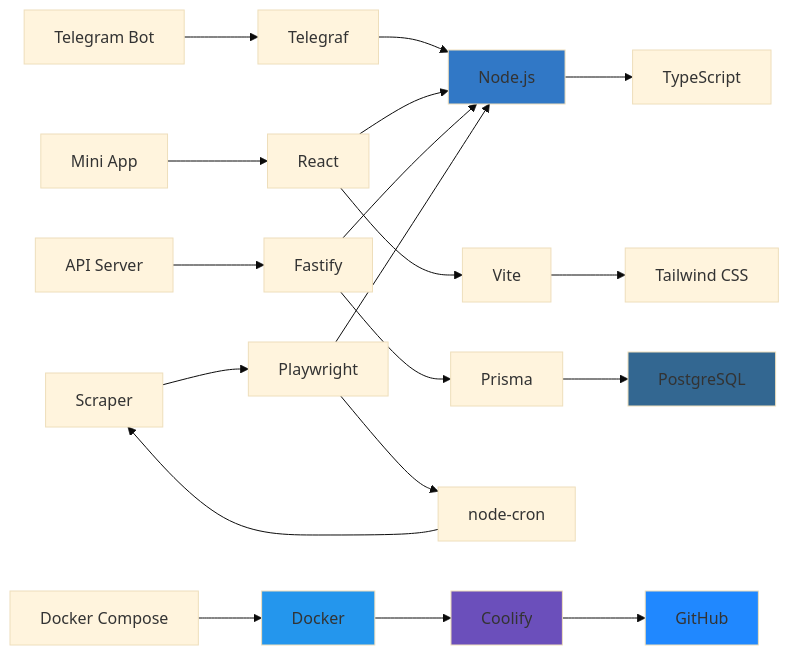
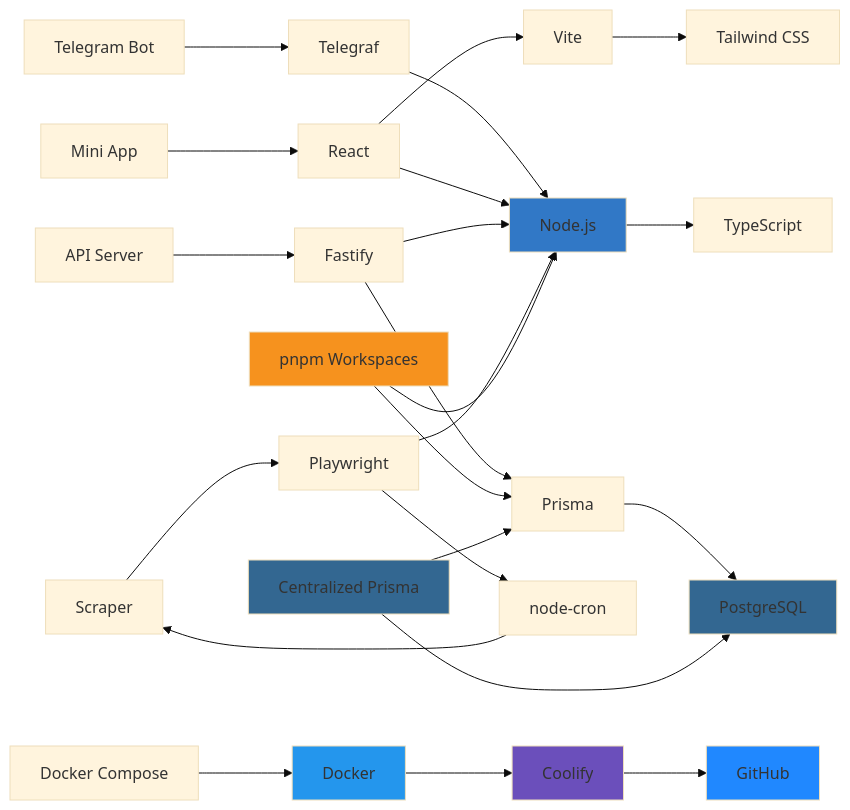
The tenth of 10 diagrams in plans/02-system-architecture.md (Zenderg/hookah-wishlist), drawn with Mermaid (base theme) before and after one commit. The commit also changed other lines of this file and 6 other files, not shown here.

````diff
--- a/plans/02-system-architecture.md
+++ b/plans/02-system-architecture.md
@@ -872,31 +1022,38 @@
 ```mermaid
 graph LR
     A[Telegram Bot] --> B[Telegraf]
     B --> C[Node.js]
     C --> D[TypeScript]
     
     E[Mini App] --> F[React]
     F --> C
     F --> G[Vite]
     G --> H[Tailwind CSS]
     
     I[API Server] --> J[Fastify]
     J --> C
     J --> K[Prisma]
     K --> L[PostgreSQL]
     
     M[Scraper] --> N[Playwright]
     N --> C
     N --> O[node-cron]
     O --> M
     
-    P[Docker Compose] --> Q[Docker]
-    Q --> R[Coolify]
-    R --> S[GitHub]
+    P[pnpm Workspaces] --> C
+    P --> K
+    Q[Centralized Prisma] --> K
+    Q --> L
+    
+    R[Docker Compose] --> S[Docker]
+    S --> T[Coolify]
+    T --> U[GitHub]
     
     style C fill:#3178c6
     style L fill:#336791
-    style Q fill:#2496ed
-    style R fill:#6b4fbb
-    style S fill:#2088ff
+    style S fill:#2496ed
+    style T fill:#6b4fbb
+    style U fill:#2088ff
+    style P fill:#f6921e
+    style Q fill:#336791
 ```
````
